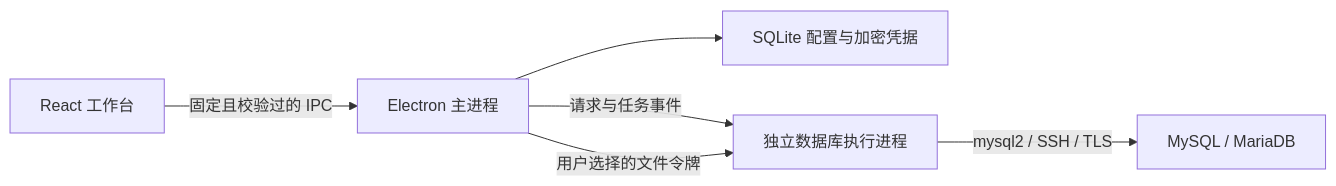
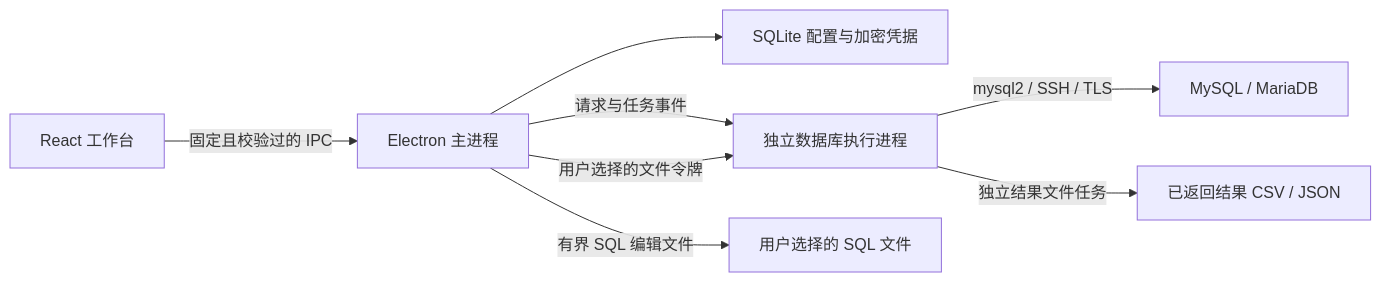
One commit to zhao-yc/DBArk changed the diagram in docs/architecture.md. Above: the diagram before and after it, drawn with Mermaid. The commit also changed other lines of this file and 32 other files, not shown here.

````diff
--- a/docs/architecture.md
+++ b/docs/architecture.md
@@ -5,8 +5,10 @@
 ```mermaid
 flowchart LR
   UI[React 工作台] -->|固定且校验过的 IPC| Main[Electron 主进程]
   Main --> Store[SQLite 配置与加密凭据]
   Main -->|请求与任务事件| Engine[独立数据库执行进程]
   Engine -->|mysql2 / SSH / TLS| DB[MySQL / MariaDB]
   Main -->|用户选择的文件令牌| Engine
+  Main -->|有界 SQL 编辑文件| SQLFile[用户选择的 SQL 文件]
+  Engine -->|独立结果文件任务| ResultFile[已返回结果 CSV / JSON]
 ```
````
